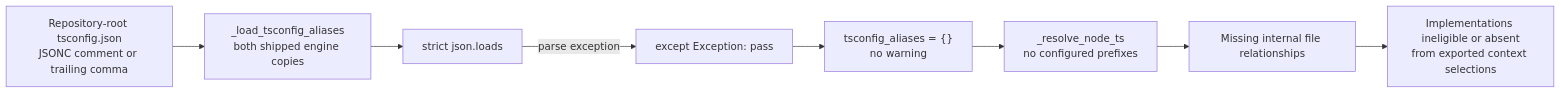
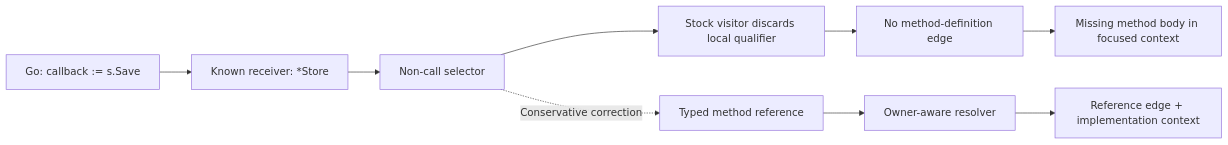
One commit to Sohamgaonkhadkar/UnvibeCode-Engineering-Investigation changed the diagram in README.md. Above: the diagram before and after it, drawn with Mermaid. The commit also changed other lines of this file and 177 other files, not shown here.

````diff
--- a/README.md
+++ b/README.md
@@ -140,10 +52,11 @@
 ```mermaid
 flowchart LR
-    A["Repository-root tsconfig.json<br/>JSONC comment or trailing comma"] --> B["_load_tsconfig_aliases<br/>both shipped engine copies"]
-    B --> C["strict json.loads"]
-    C -->|parse exception| D["except Exception: pass"]
-    D --> E["tsconfig_aliases = {}<br/>no warning"]
-    E --> F["_resolve_node_ts<br/>no configured prefixes"]
-    F --> G["Missing internal file relationships"]
-    G --> H["Implementations ineligible or absent<br/>from exported context selections"]
+    A["Go: callback := s.Save"] --> B["Known receiver: *Store"]
+    B --> C["Non-call selector"]
+    C --> D["Stock visitor discards local qualifier"]
+    D --> E["No method-definition edge"]
+    E --> F["Missing method body in focused context"]
+    C -. "Conservative correction" .-> G["Typed method reference"]
+    G --> H["Owner-aware resolver"]
+    H --> I["Reference edge + implementation context"]
 ```
````
